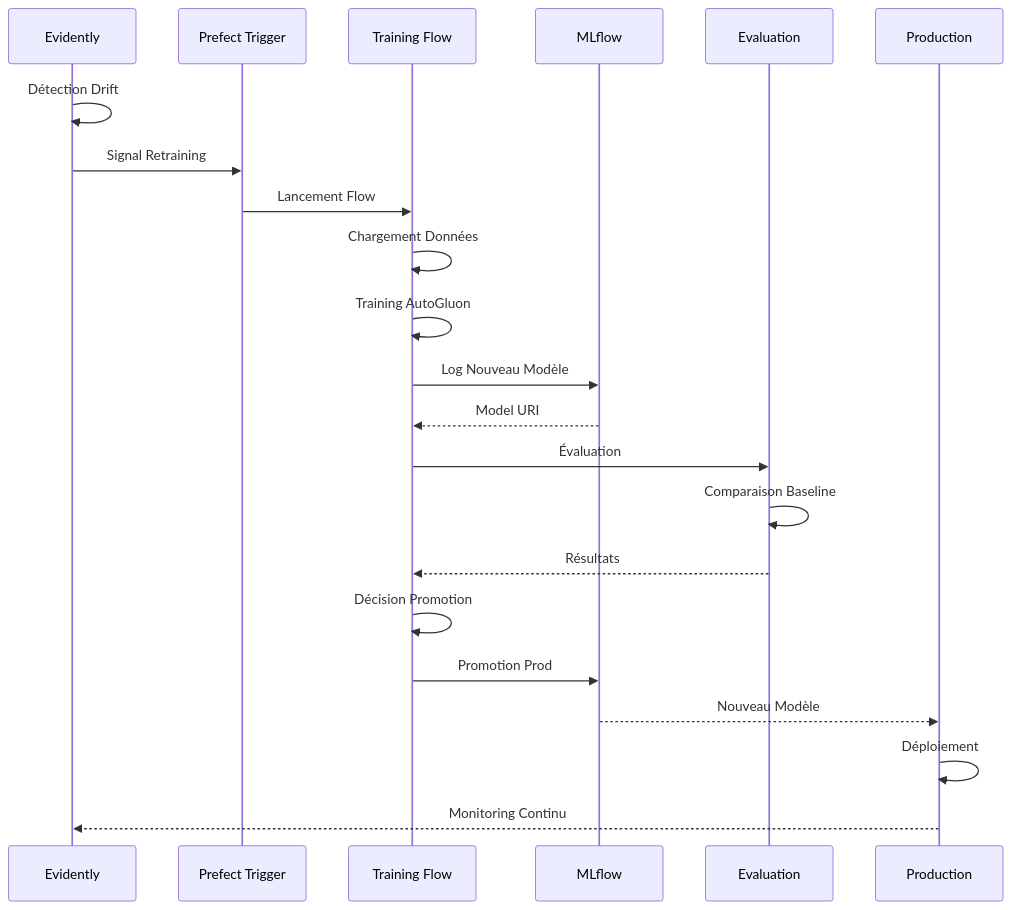
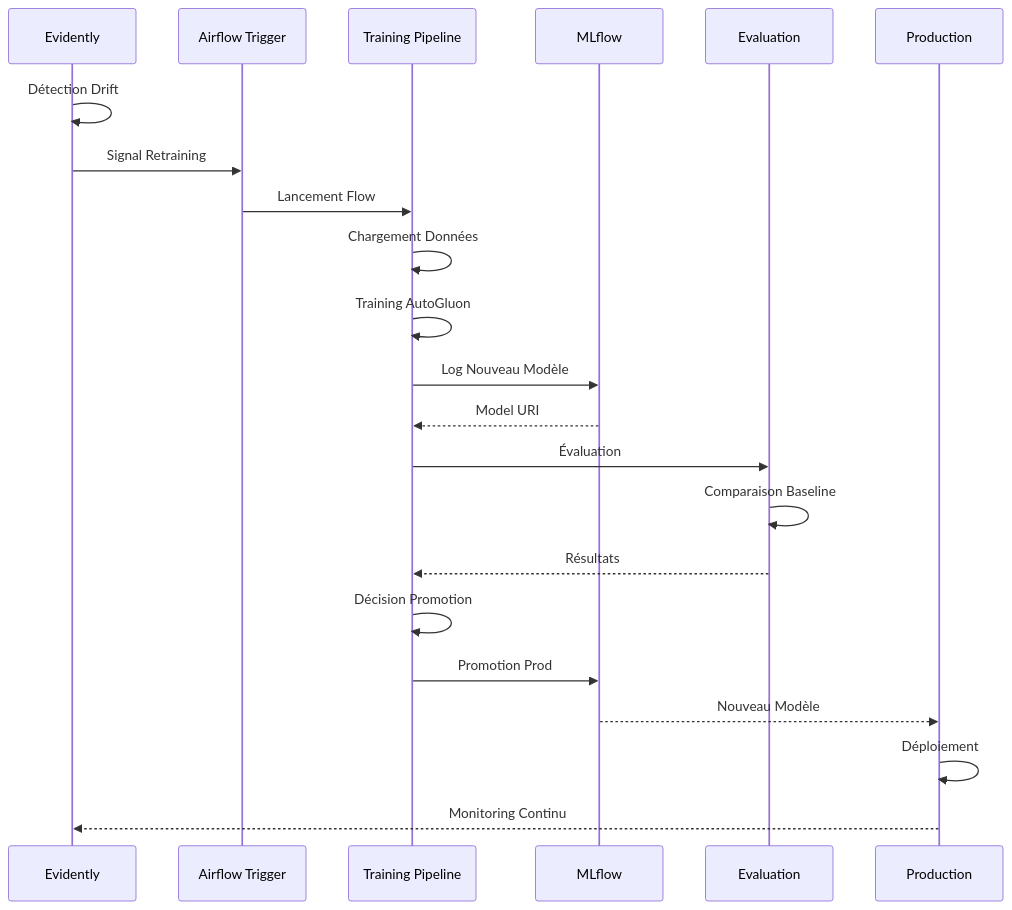
Diagram 16 of 21 in docs/ARCHITECTURE_MLOPS.md (jinsudai/jinsudai), drawn with Mermaid before and after one commit. The commit also changed other lines of this file and 12 other files, not shown here.

````diff
--- a/docs/ARCHITECTURE_MLOPS.md
+++ b/docs/ARCHITECTURE_MLOPS.md
@@ -509,25 +502,25 @@
 ```mermaid
 sequenceDiagram
     participant Monitor as Evidently
-    participant Trigger as Prefect Trigger
-    participant Train as Training Flow
+    participant Trigger as Airflow Trigger
+    participant Train as Training Pipeline
     participant MLflow as MLflow
     participant Eval as Evaluation
     participant Prod as Production
 
     Monitor->>Monitor: Détection Drift
     Monitor->>Trigger: Signal Retraining
     Trigger->>Train: Lancement Flow
     Train->>Train: Chargement Données
     Train->>Train: Training AutoGluon
     Train->>MLflow: Log Nouveau Modèle
     MLflow-->>Train: Model URI
     Train->>Eval: Évaluation
     Eval->>Eval: Comparaison Baseline
     Eval-->>Train: Résultats
     Train->>Train: Décision Promotion
     Train->>MLflow: Promotion Prod
     MLflow-->>Prod: Nouveau Modèle
     Prod->>Prod: Déploiement
     Prod-->>Monitor: Monitoring Continu
 ```
````
